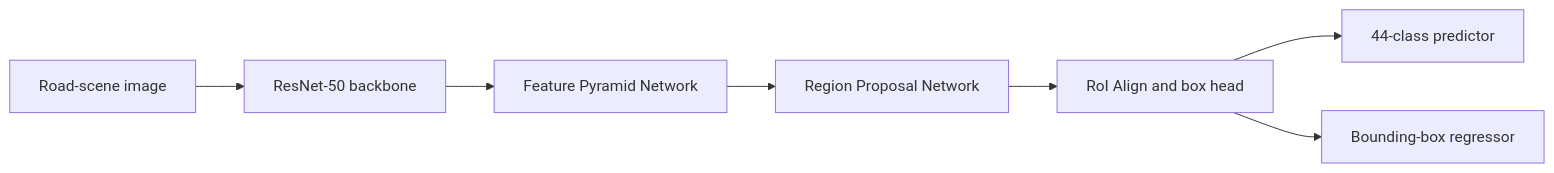
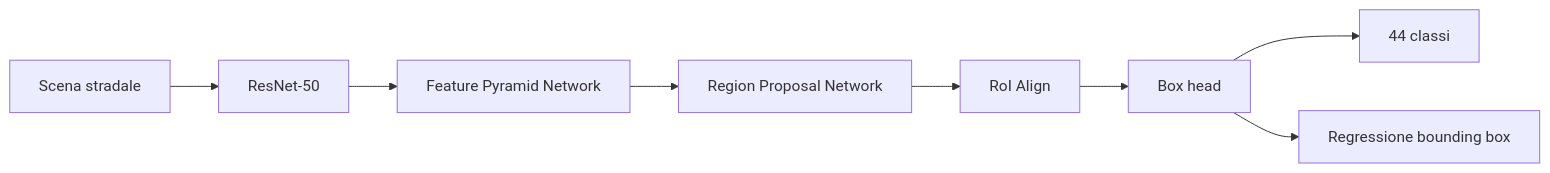
The first of 2 diagrams in DLA_LAB1/Exercise3/README.md (alessiopgg/deep_learning_application), drawn with Mermaid before and after one commit. The commit also changed other lines of this file, not shown here.

````diff
--- a/DLA_LAB1/Exercise3/README.md
+++ b/DLA_LAB1/Exercise3/README.md
@@ -165,9 +190,10 @@
 ```mermaid
 flowchart LR
-    A[Road-scene image] --> B[ResNet-50 backbone]
-    B --> C[Feature Pyramid Network]
-    C --> D[Region Proposal Network]
-    D --> E[RoI Align and box head]
-    E --> F[44-class predictor]
-    E --> G[Bounding-box regressor]
+    A["Scena stradale"] --> B["ResNet-50"]
+    B --> C["Feature Pyramid Network"]
+    C --> D["Region Proposal Network"]
+    D --> E["RoI Align"]
+    E --> F["Box head"]
+    F --> G["44 classi"]
+    F --> H["Regressione bounding box"]
 ```
````
